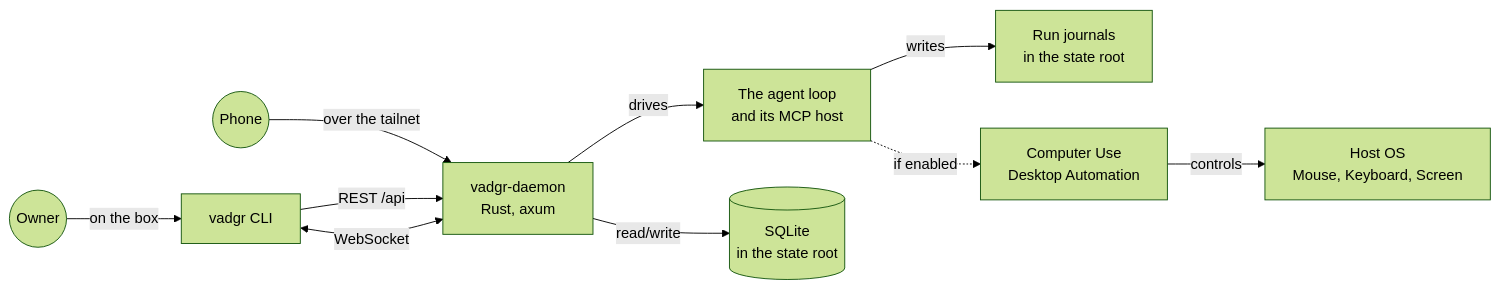
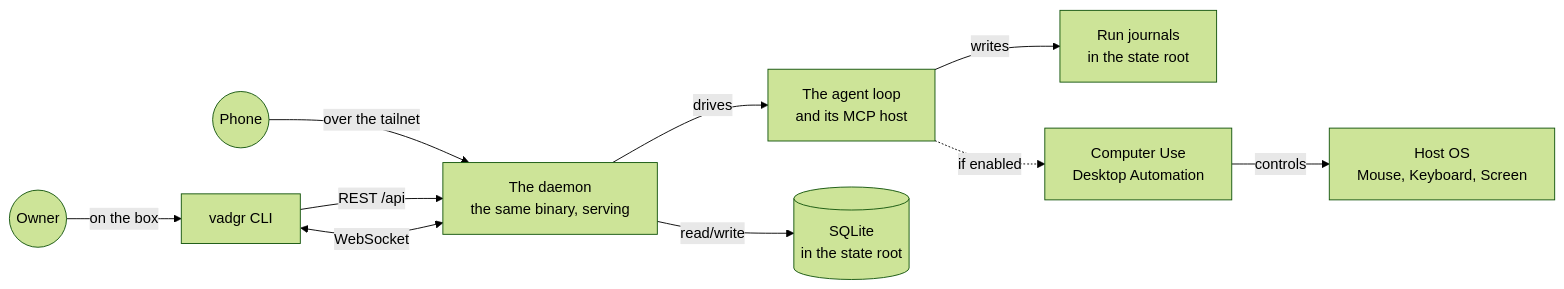
The diagram in README.md (MONTBRAIN/vadgr), drawn with Mermaid (forest theme) before and after one commit. The commit also changed 12 other files, not shown here.

First line of the commit message:
One executable: the daemon is this binary invoked with serve

````diff
--- a/README.md
+++ b/README.md
@@ -109,12 +109,12 @@
 ```mermaid
 graph LR
     Owner((Owner)) -->|on the box| VCLI[vadgr CLI]
     Phone((Phone)) -->|over the tailnet| API
-    VCLI -->|REST /api| API[vadgr-daemon<br/>Rust, axum]
+    VCLI -->|REST /api| API[The daemon<br/>the same binary, serving]
     VCLI <-->|WebSocket| API
     API -->|drives| Loop[The agent loop<br/>and its MCP host]
     API -->|read/write| DB[(SQLite<br/>in the state root)]
     Loop -->|writes| Journal[Run journals<br/>in the state root]
     Loop -.->|if enabled| CU[Computer Use<br/>Desktop Automation]
     CU -->|controls| Desktop[Host OS<br/>Mouse, Keyboard, Screen]
 ```
````
